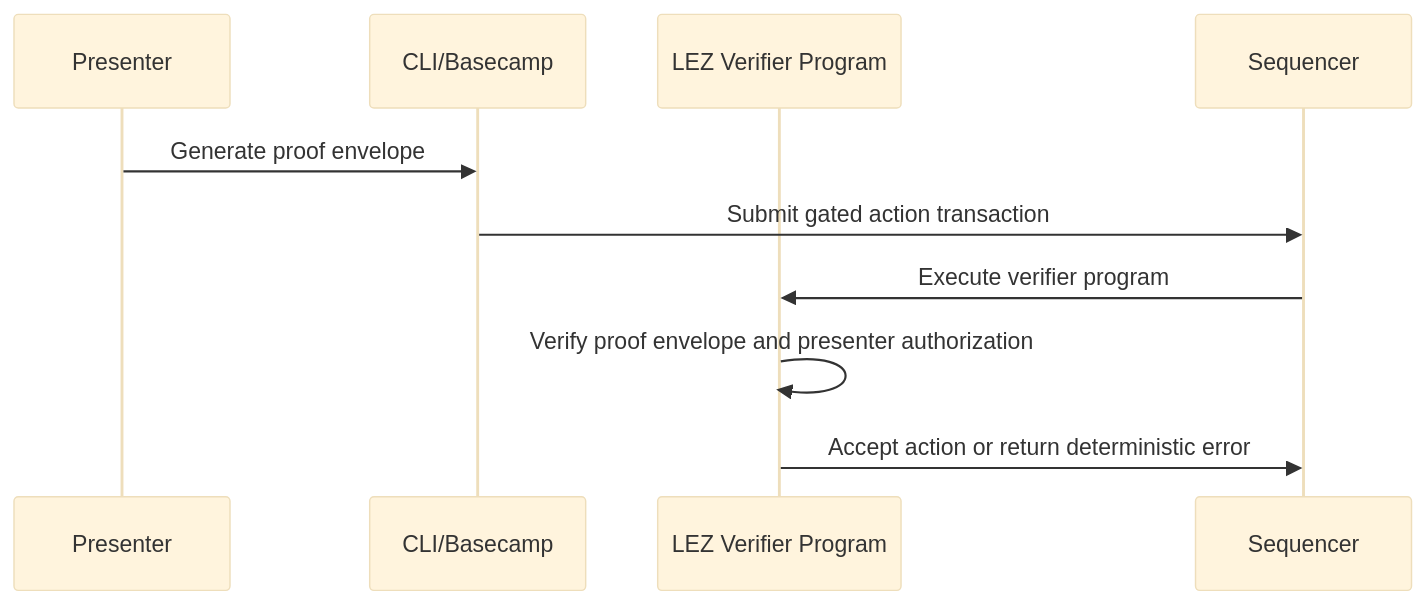
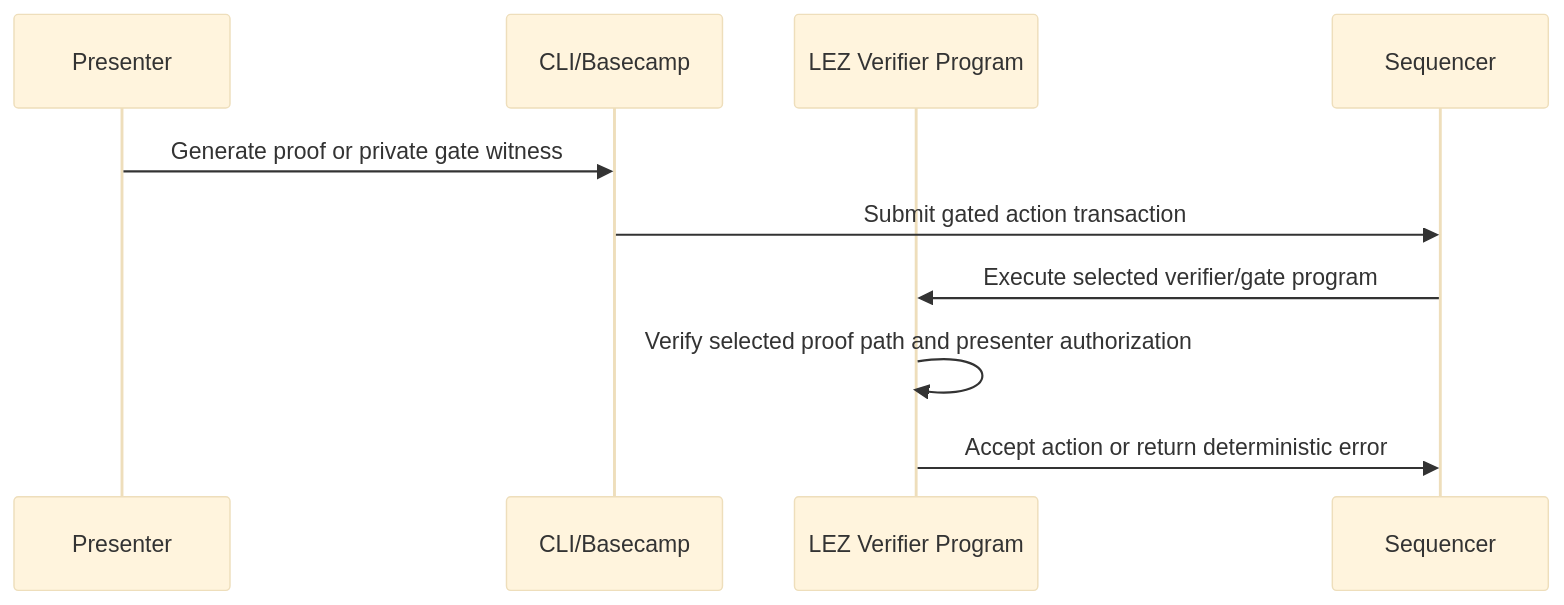
The third of 3 diagrams in docs/ARCHITECTURE.md (dubzn/logos-private-balance-attestation), drawn with Mermaid (base theme) before and after one commit. The commit also changed other lines of this file and 14 other files, not shown here.

````diff
--- a/docs/ARCHITECTURE.md
+++ b/docs/ARCHITECTURE.md
@@ -202,13 +210,13 @@
 ```mermaid
 sequenceDiagram
   participant A as Presenter
   participant CLI as CLI/Basecamp
   participant P as LEZ Verifier Program
   participant S as Sequencer
 
-  A->>CLI: Generate proof envelope
+  A->>CLI: Generate proof or private gate witness
   CLI->>S: Submit gated action transaction
-  S->>P: Execute verifier program
-  P->>P: Verify proof envelope and presenter authorization
+  S->>P: Execute selected verifier/gate program
+  P->>P: Verify selected proof path and presenter authorization
   P->>S: Accept action or return deterministic error
 ```
````
